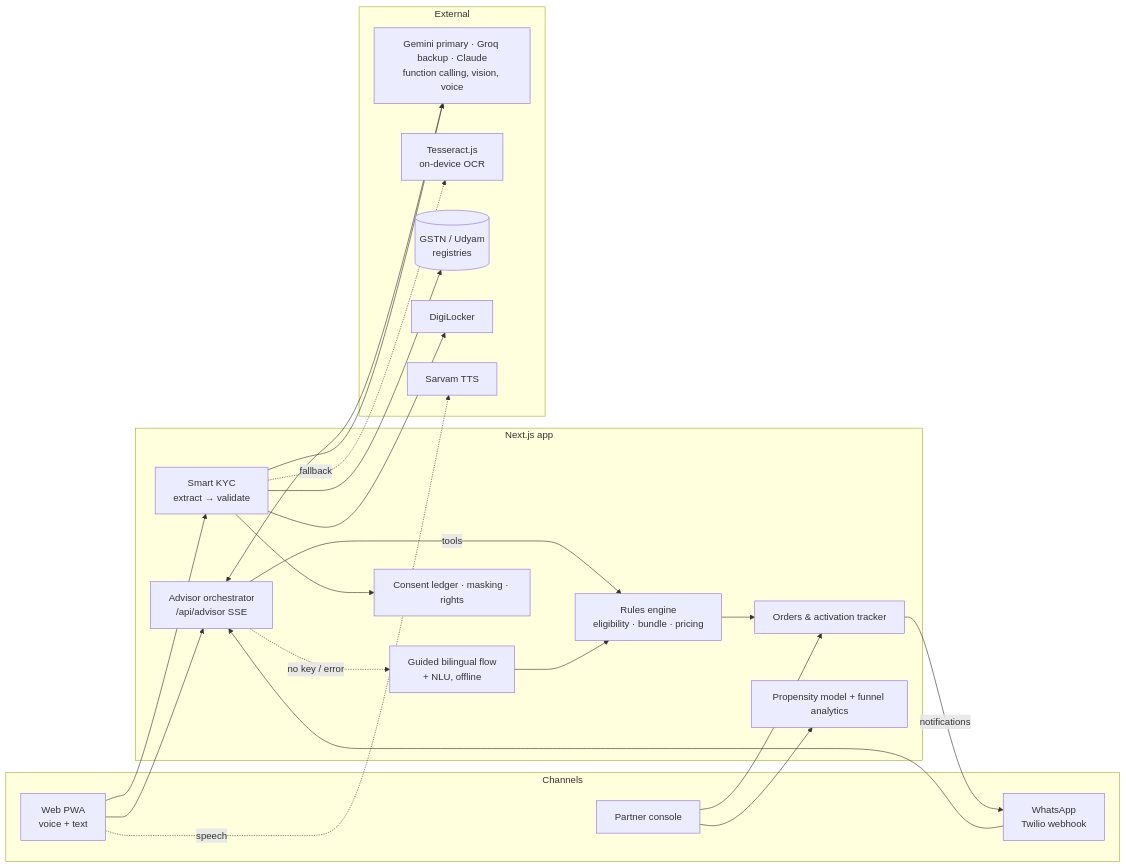
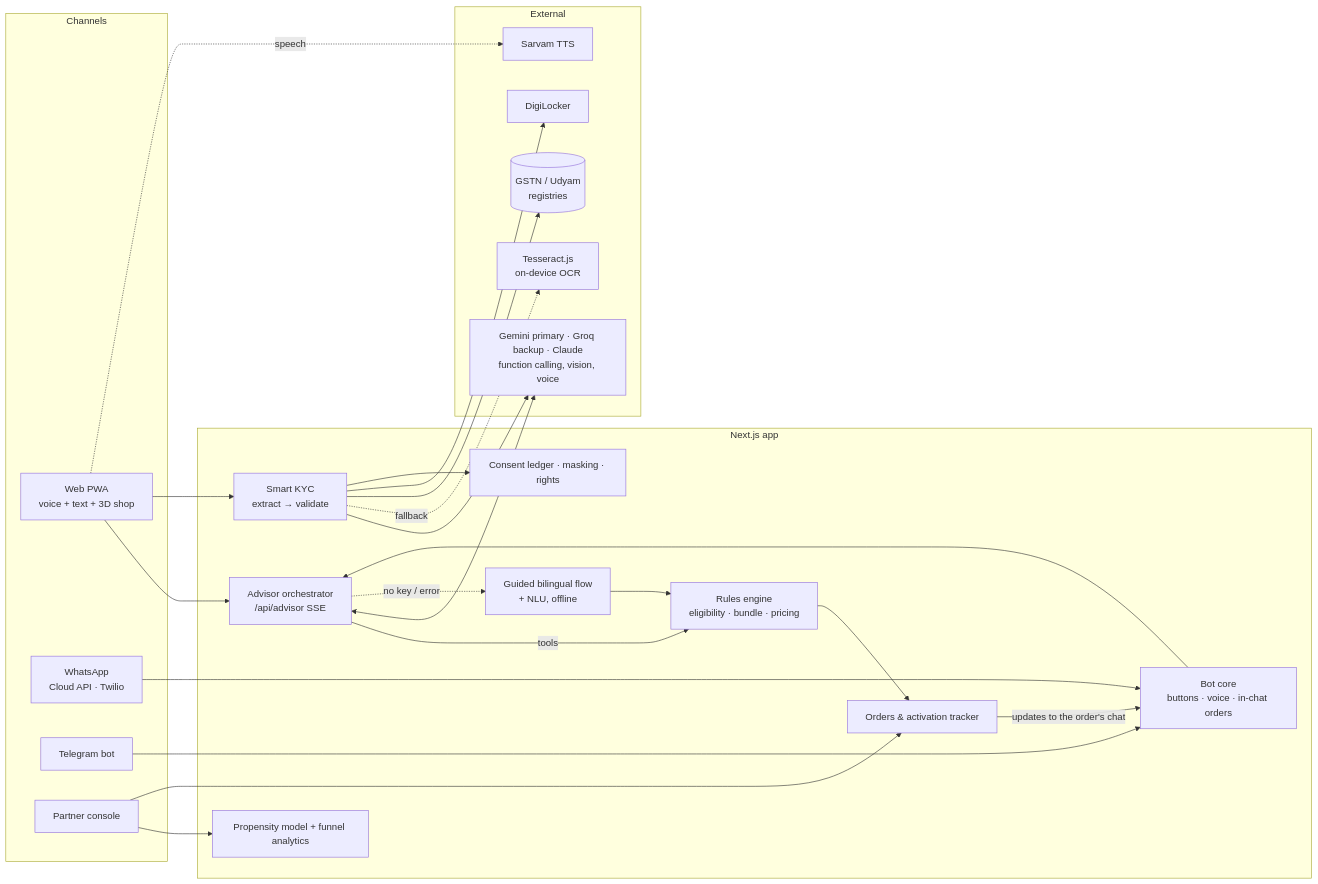
The first of 2 diagrams in docs/architecture.md (perrysolid/AIRTEL-SYNC), drawn with Mermaid before and after one commit. The commit also changed other lines of this file and 6 other files, not shown here.

Commit message:
Docs: README rewrite (3D shop, bots, Gemini→Groq→Claude chain, KYC registry recovery, config, repo map); architecture, bots, deploy (Render free plan, Vercel), privacy note and demo script brought up to date

````diff
--- a/docs/architecture.md
+++ b/docs/architecture.md
@@ -3,43 +3,47 @@
 ```mermaid
 flowchart LR
   subgraph Channels
-    W[Web PWA<br/>voice + text]
-    WA[WhatsApp<br/>Twilio webhook]
+    W[Web PWA<br/>voice + text + 3D shop]
+    WA[WhatsApp<br/>Cloud API · Twilio]
+    TG[Telegram bot]
     P[Partner console]
   end
 
   subgraph Next.js app
     ADV[Advisor orchestrator<br/>/api/advisor SSE]
+    BOT[Bot core<br/>buttons · voice · in-chat orders]
     G[Guided bilingual flow<br/>+ NLU, offline]
     RULES[Rules engine<br/>eligibility · bundle · pricing]
     KYC[Smart KYC<br/>extract → validate]
     ORD[Orders & activation tracker]
     PRIV[Consent ledger · masking · rights]
     AN[Propensity model + funnel analytics]
   end
 
   subgraph External
     C[Gemini primary · Groq backup · Claude<br/>function calling, vision, voice]
     T[Tesseract.js<br/>on-device OCR]
     REG[(GSTN / Udyam<br/>registries)]
     DL[DigiLocker]
     S[Sarvam TTS]
   end
 
   W --> ADV
-  WA --> ADV
+  WA --> BOT
+  TG --> BOT
+  BOT --> ADV
   ADV -- tools --> RULES
   ADV <--> C
   ADV -. no key / error .-> G --> RULES
   W --> KYC
   KYC --> C
   KYC -. fallback .-> T
   KYC --> REG
   KYC --> DL
   KYC --> PRIV
   RULES --> ORD
-  ORD -- notifications --> WA
+  ORD -- updates to the order's chat --> BOT
   P --> AN
   P --> ORD
   W -. speech .-> S
 ```
````
